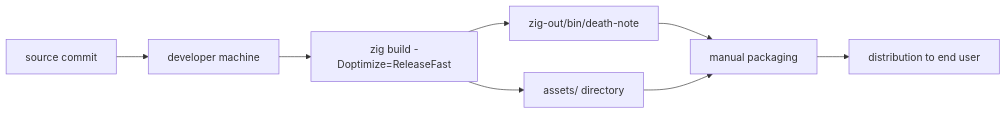
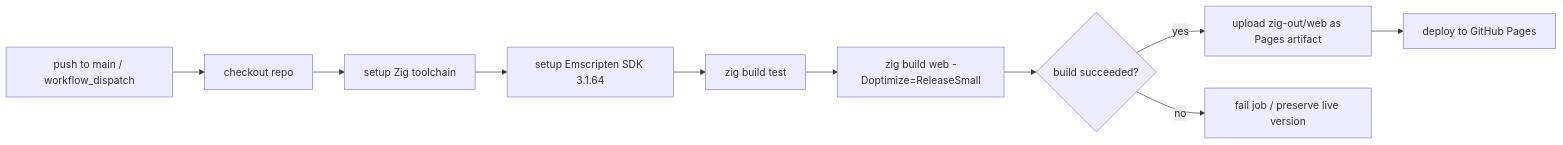
One commit to bfernandez31/death-note changed the fourth of 5 diagrams in specs/specifications/workflows.md. Above: the diagram before and after it, drawn with Mermaid. The commit also changed other lines of this file and 4 other files, not shown here.

````diff
--- a/specs/specifications/workflows.md
+++ b/specs/specifications/workflows.md
@@ -193,10 +147,12 @@
 ```mermaid
 graph LR
-    A[source commit] --> B[developer machine]
-    B --> C[zig build -Doptimize=ReleaseFast]
-    C --> D[zig-out/bin/death-note]
-    C --> E[assets/ directory]
-    D --> F[manual packaging]
-    E --> F
-    F --> G[distribution to end user]
+    A[push to main / workflow_dispatch] --> B[checkout repo]
+    B --> C[setup Zig toolchain]
+    C --> D[setup Emscripten SDK 3.1.64]
+    D --> E[zig build test]
+    E --> F[zig build web -Doptimize=ReleaseSmall]
+    F --> G{build succeeded?}
+    G -- yes --> H[upload zig-out/web as Pages artifact]
+    H --> I[deploy to GitHub Pages]
+    G -- no --> J[fail job / preserve live version]
 ```
````
